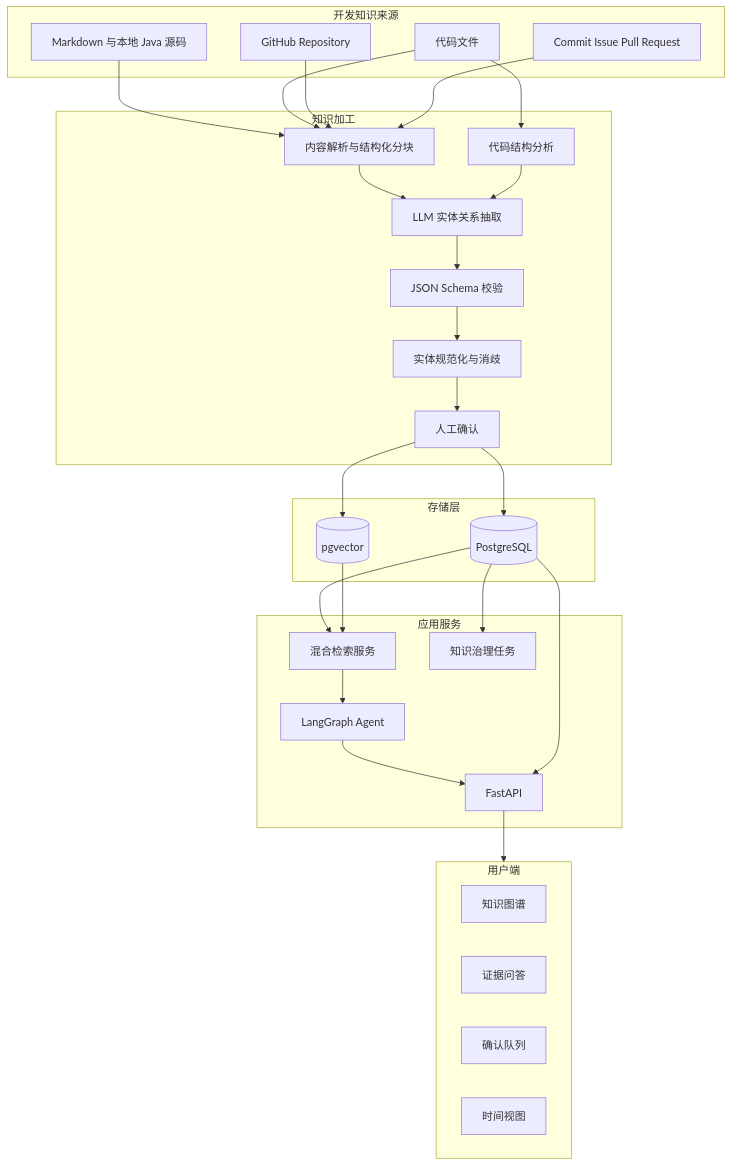
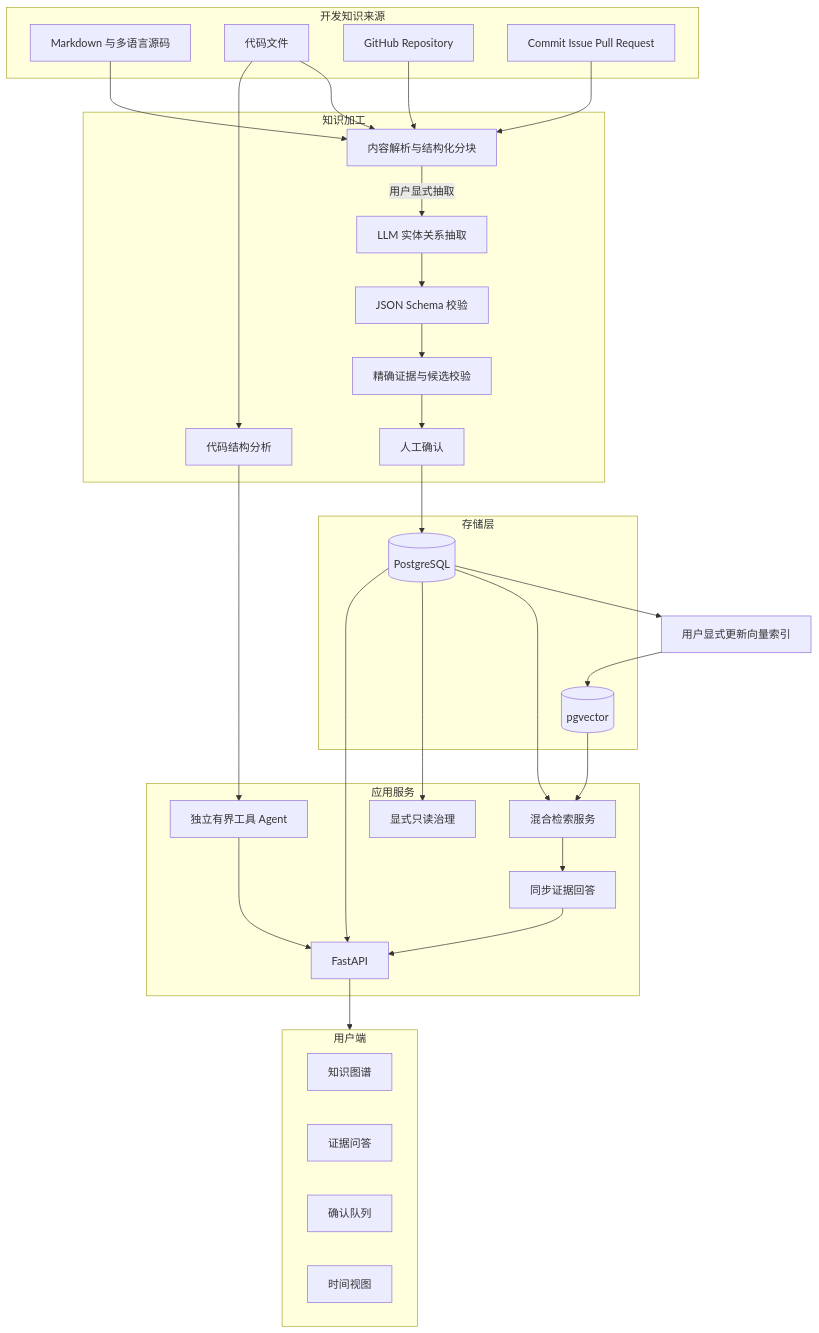
Before and after one commit to YAX-J/knowledge-atlas: the first of 2 diagrams in docs/ARCHITECTURE.md, drawn with Mermaid. The commit also changed other lines of this file and 34 other files, not shown here.

````diff
--- a/docs/ARCHITECTURE.md
+++ b/docs/ARCHITECTURE.md
@@ -20,55 +20,58 @@
 ```mermaid
 flowchart TB
     subgraph Sources[开发知识来源]
-        S1[Markdown 与本地 Java 源码]
+        S1[Markdown 与多语言源码]
         S2[代码文件]
         S3[GitHub Repository]
         S4[Commit Issue Pull Request]
     end
 
     subgraph Processing[知识加工]
         P1[内容解析与结构化分块]
         P2[代码结构分析]
         P3[LLM 实体关系抽取]
         P4[JSON Schema 校验]
-        P5[实体规范化与消歧]
+        P5[精确证据与候选校验]
         P6[人工确认]
     end
 
     subgraph Storage[存储层]
         DB1[(PostgreSQL)]
         DB2[(pgvector)]
     end
 
     subgraph Services[应用服务]
         A1[FastAPI]
         A2[混合检索服务]
-        A3[LangGraph Agent]
-        A4[知识治理任务]
+        A3[同步证据回答]
+        A4[显式只读治理]
+        A5[独立有界工具 Agent]
     end
 
     subgraph Client[用户端]
         C1[知识图谱]
         C2[证据问答]
         C3[确认队列]
         C4[时间视图]
     end
 
     S1 --> P1
     S2 --> P1
     S3 --> P1
     S4 --> P1
     S2 --> P2
-    P1 --> P3
-    P2 --> P3
+    P2 --> A5
+    P1 -->|用户显式抽取| P3
     P3 --> P4 --> P5 --> P6
     P6 --> DB1
-    P6 --> DB2
+    DB1 --> IDX[用户显式更新向量索引]
+    IDX --> DB2
     DB1 --> A2
     DB2 --> A2
     A2 --> A3
     A1 --> Client
     A3 --> A1
+    A5 --> A1
     DB1 --> A4
     DB1 --> A1
 ```
````
